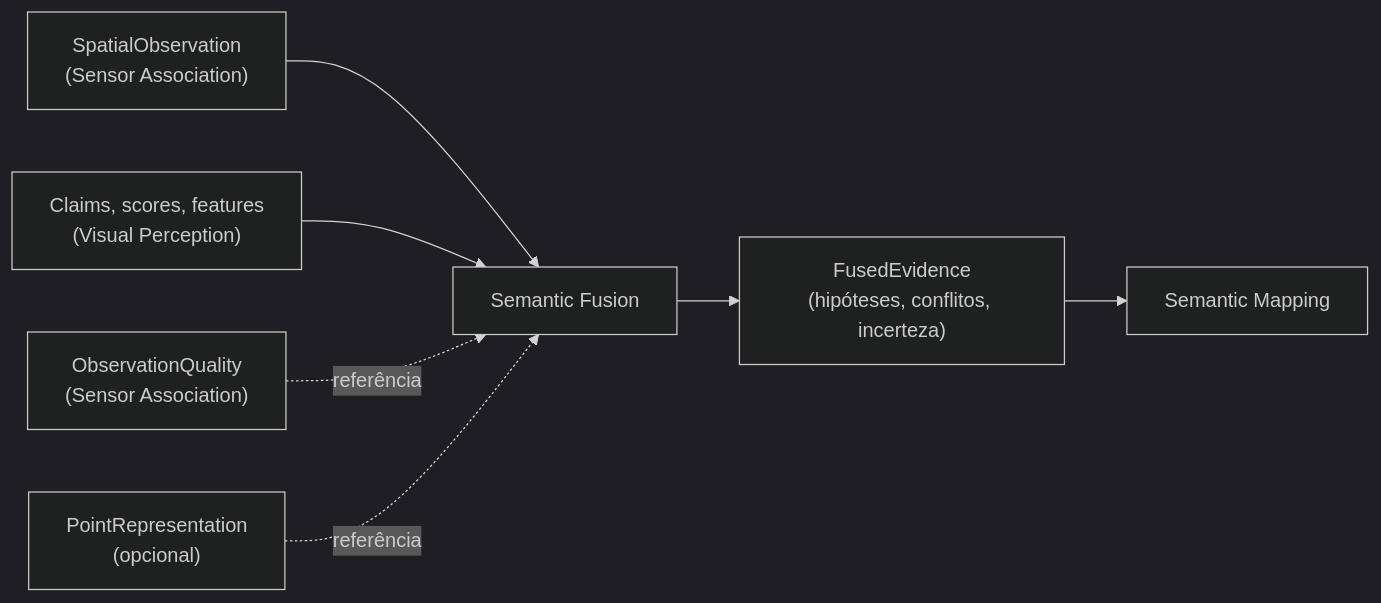
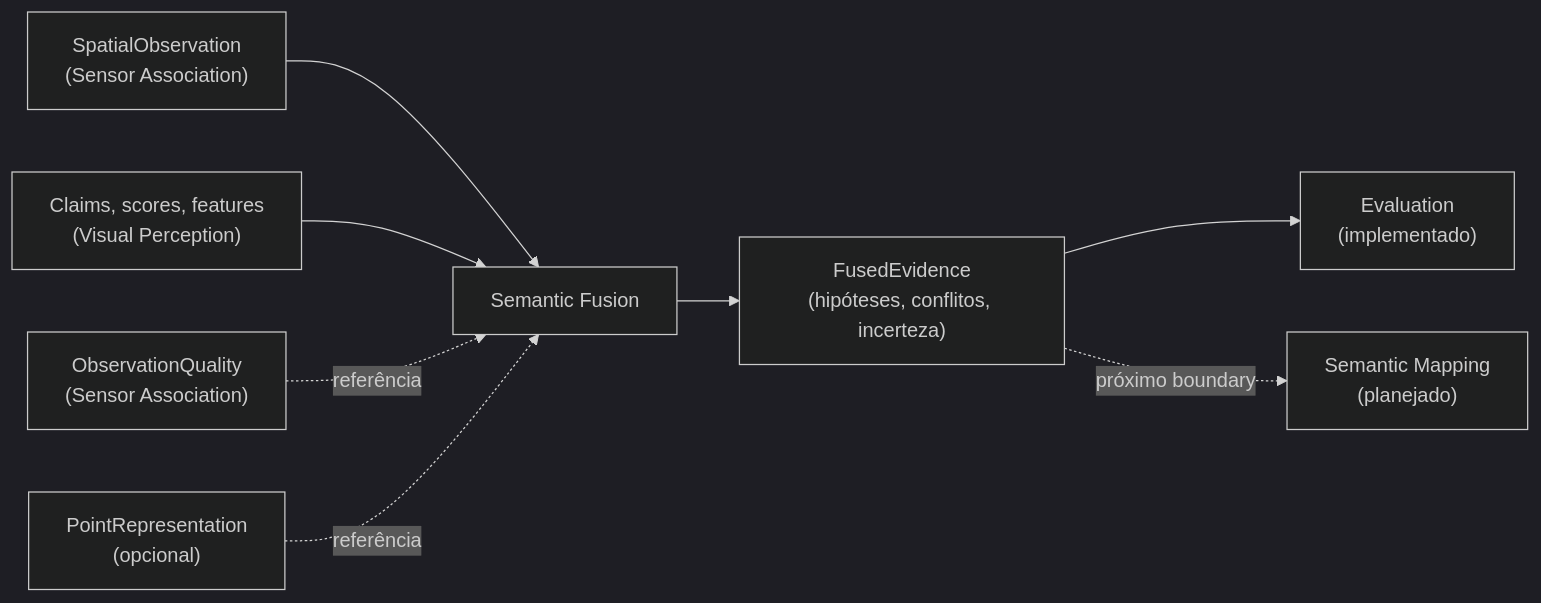
The diagram in src/contextmap/semantic_fusion/docs/README.md (Alexandre-Tortoza/contextmap2), drawn with Mermaid (dark theme) before and after one commit. The commit also changed other lines of this file and 30 other files, not shown here.

````diff
--- a/src/contextmap/semantic_fusion/docs/README.md
+++ b/src/contextmap/semantic_fusion/docs/README.md
@@ -7,9 +7,10 @@
 ```mermaid
 flowchart LR
     SO["SpatialObservation<br/>(Sensor Association)"] --> SF["Semantic Fusion"]
     PERC["Claims, scores, features<br/>(Visual Perception)"] --> SF
     Q["ObservationQuality<br/>(Sensor Association)"] -. referência .-> SF
     PR["PointRepresentation<br/>(opcional)"] -. referência .-> SF
     SF --> FE["FusedEvidence<br/>(hipóteses, conflitos, incerteza)"]
-    FE --> DOWN["Semantic Mapping"]
+    FE --> EVAL["Evaluation<br/>(implementado)"]
+    FE -. próximo boundary .-> DOWN["Semantic Mapping<br/>(planejado)"]
 ```
````
